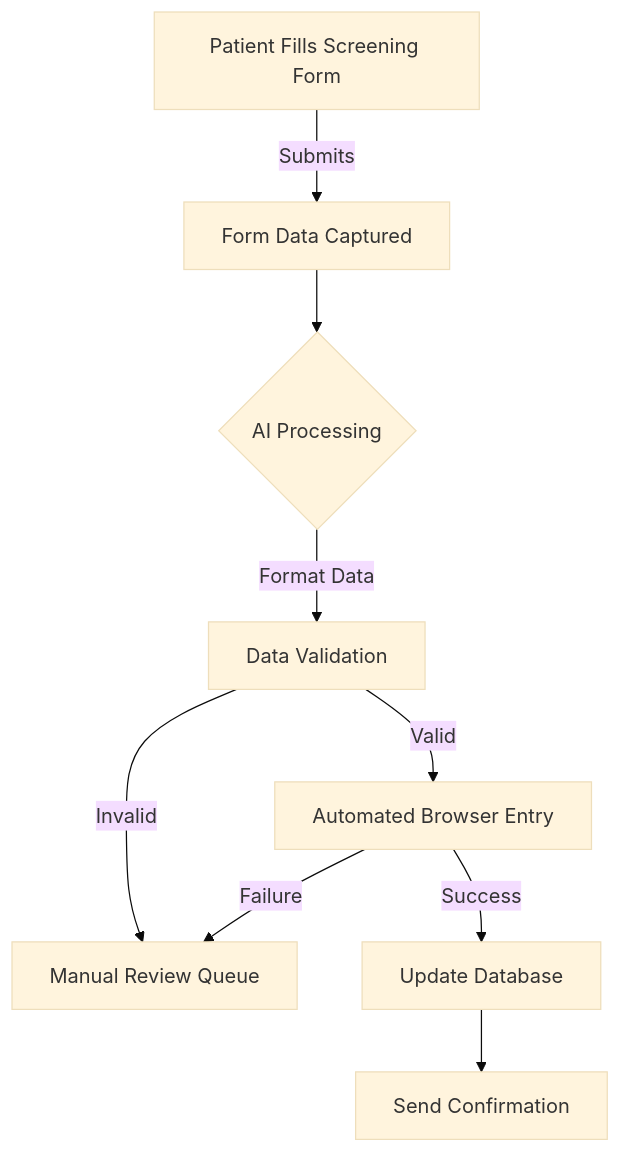
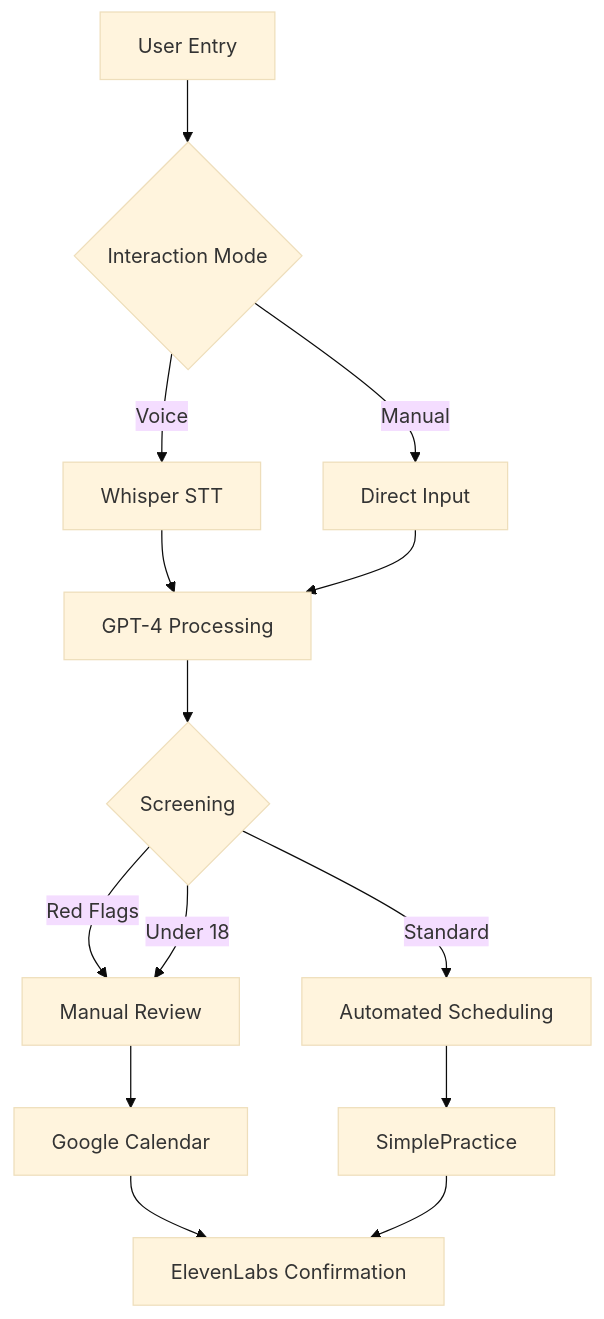
One commit to haloweavedev/Mindwell changed the diagram in README.md. Above: the diagram before and after it, drawn with Mermaid (base theme). The commit also changed other lines of this file, not shown here.

````diff
--- a/README.md
+++ b/README.md
@@ -28,11 +111,16 @@
 ```mermaid
 graph TD
-A[Patient Fills Screening Form] -->|Submits| B[Form Data Captured]
-B --> C{AI Processing}
-C -->|Format Data| D[Data Validation]
-D -->|Valid| E[Automated Browser Entry]
-D -->|Invalid| F[Manual Review Queue]
-E -->|Success| G[Update Database]
-E -->|Failure| F
-G --> H[Send Confirmation]
+    A[User Entry] --> B{Interaction Mode}
+    B -->|Voice| C[Whisper STT]
+    B -->|Manual| D[Direct Input]
+    C --> E[GPT-4 Processing]
+    D --> E
+    E --> F{Screening}
+    F -->|Red Flags| G[Manual Review]
+    F -->|Under 18| G
+    F -->|Standard| H[Automated Scheduling]
+    G --> I[Google Calendar]
+    H --> J[SimplePractice]
+    I --> K[ElevenLabs Confirmation]
+    J --> K
 ```
````
